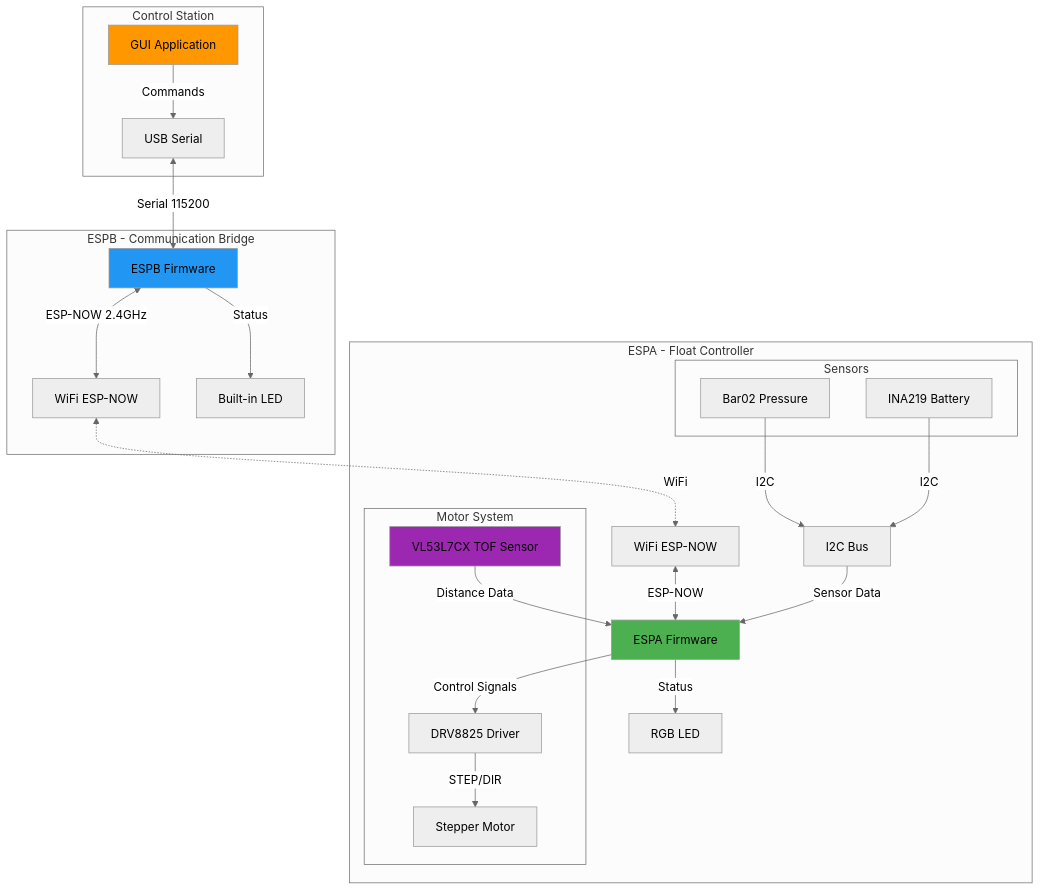
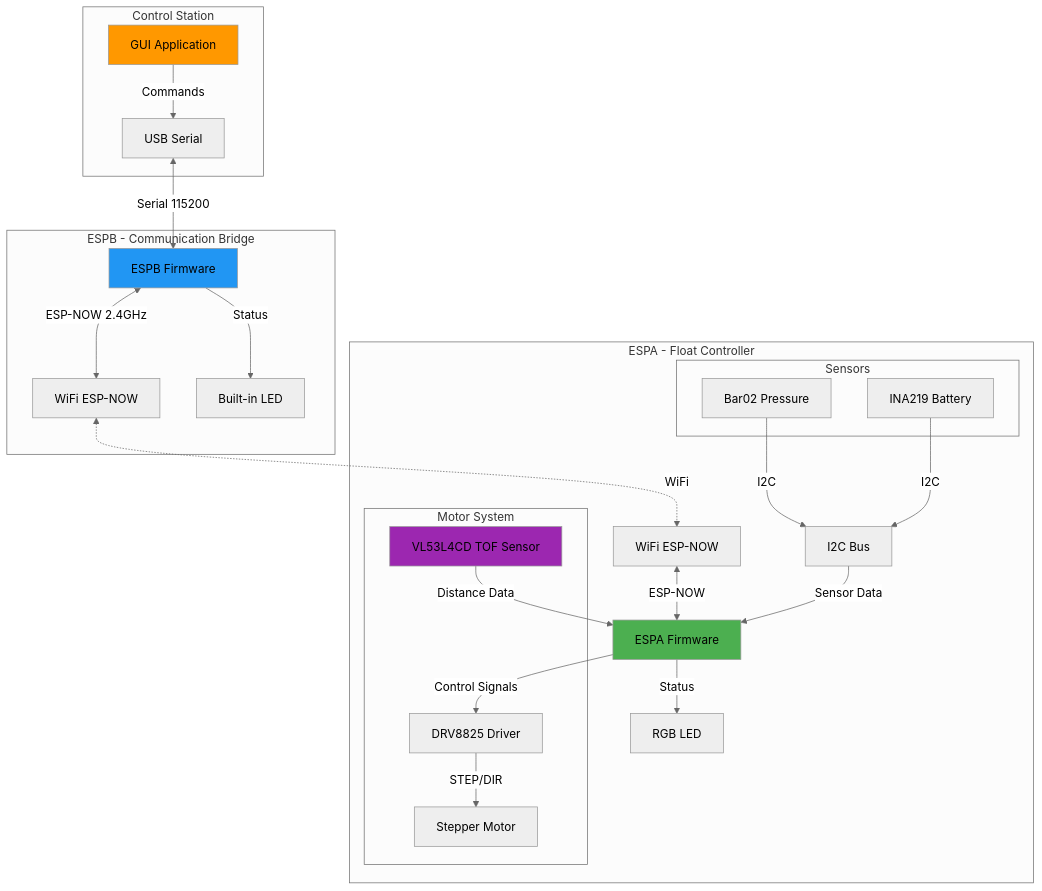
The first of 4 diagrams in README.md (PoliTOcean/Float_2025), drawn with Mermaid (neutral theme) before and after one commit. The commit also changed other lines of this file and 14 other files, not shown here.

````diff
--- a/README.md
+++ b/README.md
@@ -143,54 +162,54 @@
 ```mermaid
 graph TB
     subgraph "Control Station"
         GUI[GUI Application]
         USB[USB Serial]
     end
     
     subgraph "ESPB - Communication Bridge"
         ESPB_FW[ESPB Firmware]
         ESPB_WiFi[WiFi ESP-NOW]
         ESPB_LED[Built-in LED]
     end
     
     subgraph "ESPA - Float Controller"
         ESPA_FW[ESPA Firmware]
         ESPA_WiFi[WiFi ESP-NOW]
         
         subgraph "Motor System"
             DRV8825[DRV8825 Driver]
             STEPPER[Stepper Motor]
-            TOF[VL53L7CX TOF Sensor]
+            TOF[VL53L4CD TOF Sensor]
         end
         
         subgraph "Sensors"
             BAR02[Bar02 Pressure]
             INA219[INA219 Battery]
         end
         
         RGB[RGB LED]
         I2C[I2C Bus]
     end
     
     GUI -->|Commands| USB
     USB <-->|Serial 115200| ESPB_FW
     ESPB_FW <-->|ESP-NOW 2.4GHz| ESPB_WiFi
     ESPB_WiFi <-.->|WiFi| ESPA_WiFi
     ESPA_WiFi <-->|ESP-NOW| ESPA_FW
     
     ESPA_FW -->|Control Signals| DRV8825
     DRV8825 -->|STEP/DIR| STEPPER
     TOF -->|Distance Data| ESPA_FW
     
     BAR02 -->|I2C| I2C
     INA219 -->|I2C| I2C
     I2C -->|Sensor Data| ESPA_FW
     
     ESPA_FW -->|Status| RGB
     ESPB_FW -->|Status| ESPB_LED
     
     style ESPA_FW fill:#4CAF50
     style ESPB_FW fill:#2196F3
     style GUI fill:#FF9800
     style TOF fill:#9C27B0
 ```
````
